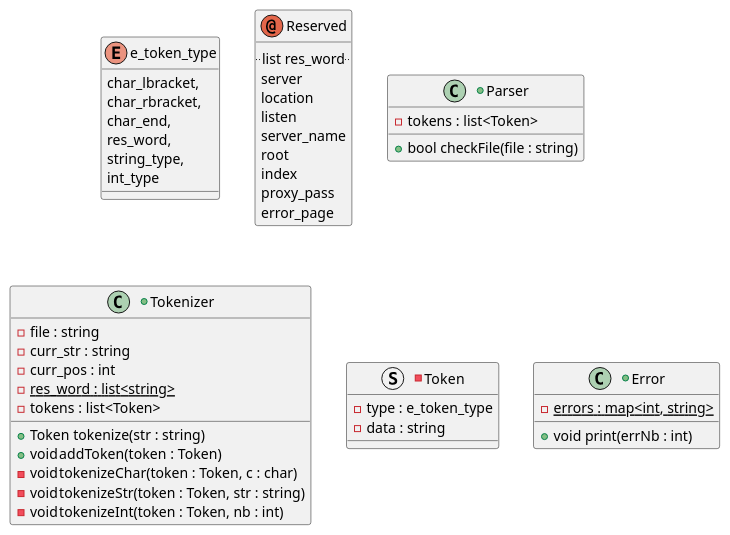
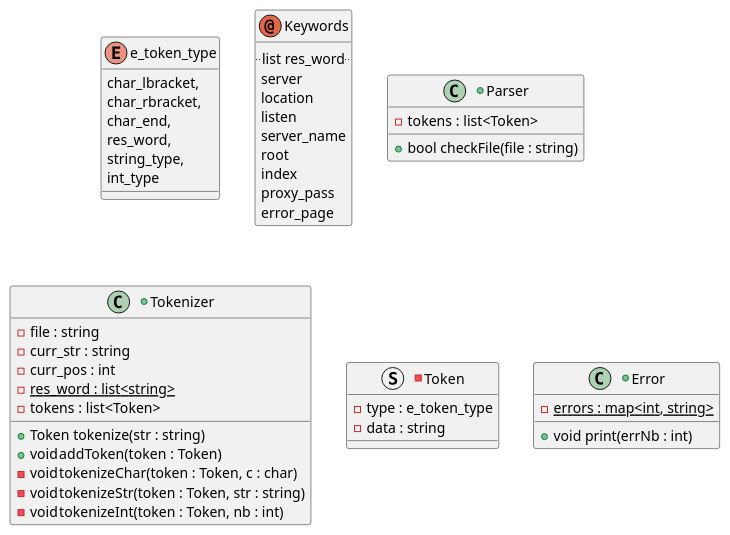
The diagram in diagrams/parsing.puml (alpayet/WebServ), drawn with PlantUML before and after one commit. The commit also changed 9 other files, not shown here.

```diff
--- a/diagrams/parsing.puml
+++ b/diagrams/parsing.puml
@@ -1,56 +1,56 @@
 @startuml parsingDiag
 enum e_token_type
 {
 	char_lbracket,
 	char_rbracket,
 	char_end,
 	res_word,
 	string_type,
 	int_type
 }
 
-annotation Reserved
+annotation Keywords
 {
 	..list res_word..
 	server
 	location
 	listen
 	server_name
 	root
 	index
 	proxy_pass
 	error_page
 }
 
 +class Parser
 {
 	- tokens : list<Token>
 	+ bool checkFile(file : string)
 }
 
 +class Tokenizer
 {
 	- file : string
 	- curr_str : string
 	- curr_pos : int
 	- {static} res_word : list<string>
 	- tokens : list<Token>
 	+ Token tokenize(str : string)
 	+ void	addToken(token : Token)
 	- void	tokenizeChar(token : Token, c : char)
 	- void	tokenizeStr(token : Token, str : string)
 	- void	tokenizeInt(token : Token, nb : int)
 }
 
 -struct Token
 {
 	- type : e_token_type
 	- data : string
 }
 
 +class Error
 {
 	- {static} errors : map<int, string>
 	+ void print(errNb : int)
 }
 @enduml
```
